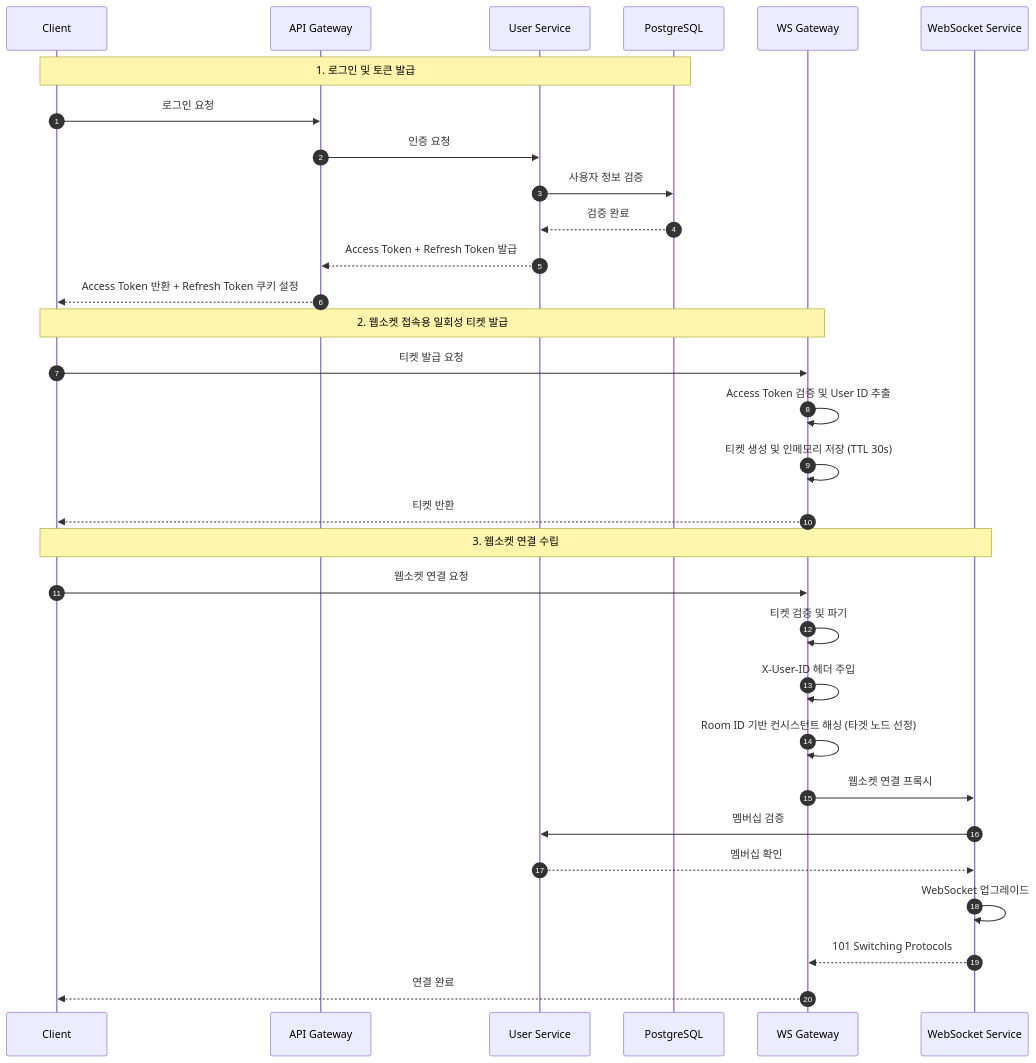
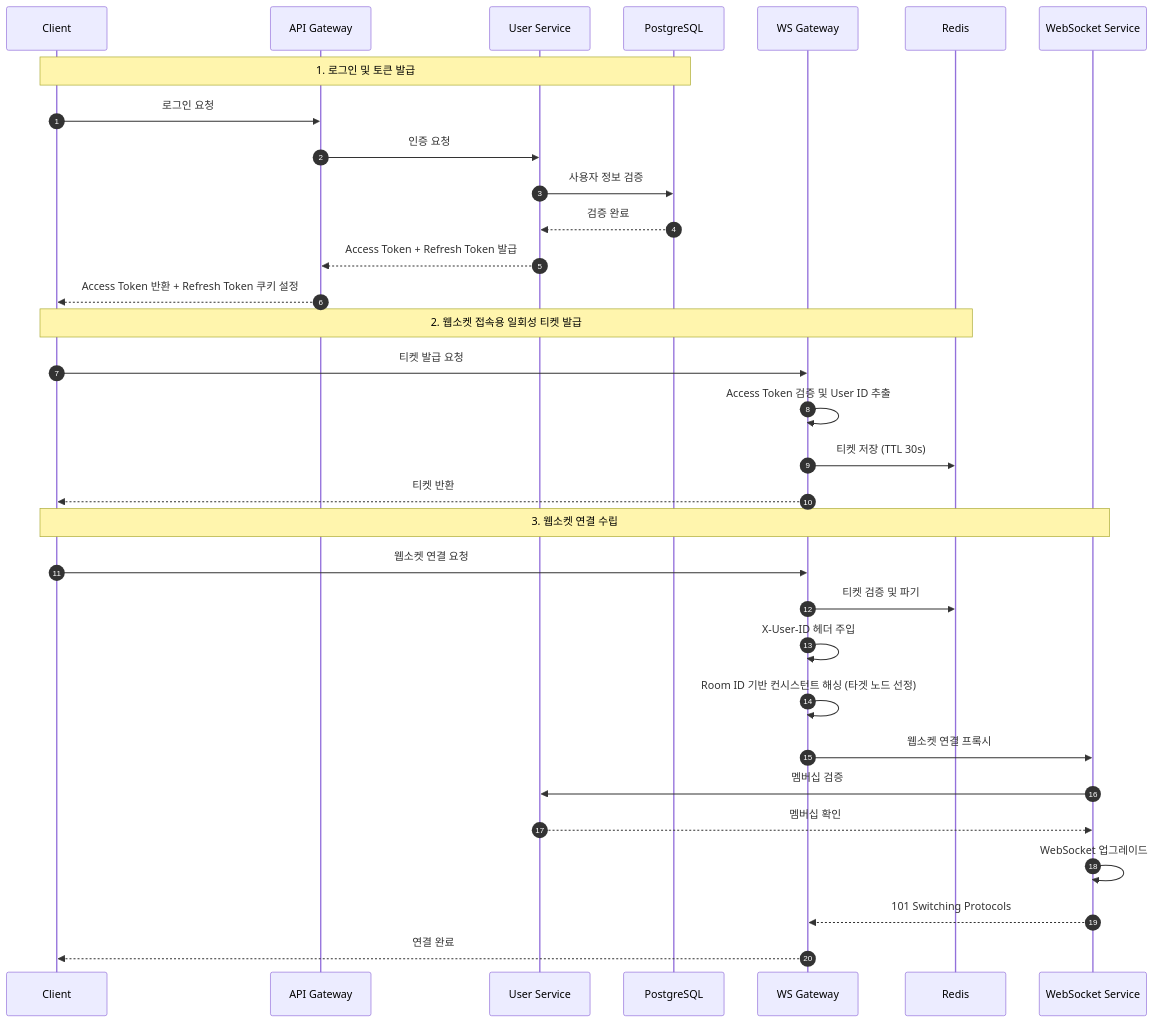
Before and after one commit to happyhun/go-chat-msa: the diagram in docs/diagrams/seq-auth-ticket.mmd, drawn with Mermaid. The commit also changed 4 other files, not shown here.

```diff
--- a/docs/diagrams/seq-auth-ticket.mmd
+++ b/docs/diagrams/seq-auth-ticket.mmd
@@ -1,35 +1,36 @@
 sequenceDiagram
     autonumber
 
     participant Client as Client
     participant AGW as API Gateway
     participant UserSvc as User Service
     participant DB as PostgreSQL
     participant WSGW as WS Gateway
+    participant Redis as Redis
     participant WSSvc as WebSocket Service
 
     Note over Client, DB: 1. 로그인 및 토큰 발급
     Client->>AGW: 로그인 요청
     AGW->>UserSvc: 인증 요청
     UserSvc->>DB: 사용자 정보 검증
     DB-->>UserSvc: 검증 완료
     UserSvc-->>AGW: Access Token + Refresh Token 발급
     AGW-->>Client: Access Token 반환 + Refresh Token 쿠키 설정
 
-    Note over Client, WSGW: 2. 웹소켓 접속용 일회성 티켓 발급
+    Note over Client, Redis: 2. 웹소켓 접속용 일회성 티켓 발급
     Client->>WSGW: 티켓 발급 요청
     WSGW->>WSGW: Access Token 검증 및 User ID 추출
-    WSGW->>WSGW: 티켓 생성 및 인메모리 저장 (TTL 30s)
+    WSGW->>Redis: 티켓 저장 (TTL 30s)
     WSGW-->>Client: 티켓 반환
 
     Note over Client, WSSvc: 3. 웹소켓 연결 수립
     Client->>WSGW: 웹소켓 연결 요청
-    WSGW->>WSGW: 티켓 검증 및 파기
+    WSGW->>Redis: 티켓 검증 및 파기
     WSGW->>WSGW: X-User-ID 헤더 주입
     WSGW->>WSGW: Room ID 기반 컨시스턴트 해싱 (타겟 노드 선정)
     WSGW->>WSSvc: 웹소켓 연결 프록시
     WSSvc->>UserSvc: 멤버십 검증
     UserSvc-->>WSSvc: 멤버십 확인
     WSSvc->>WSSvc: WebSocket 업그레이드
     WSSvc-->>WSGW: 101 Switching Protocols
     WSGW-->>Client: 연결 완료
```
